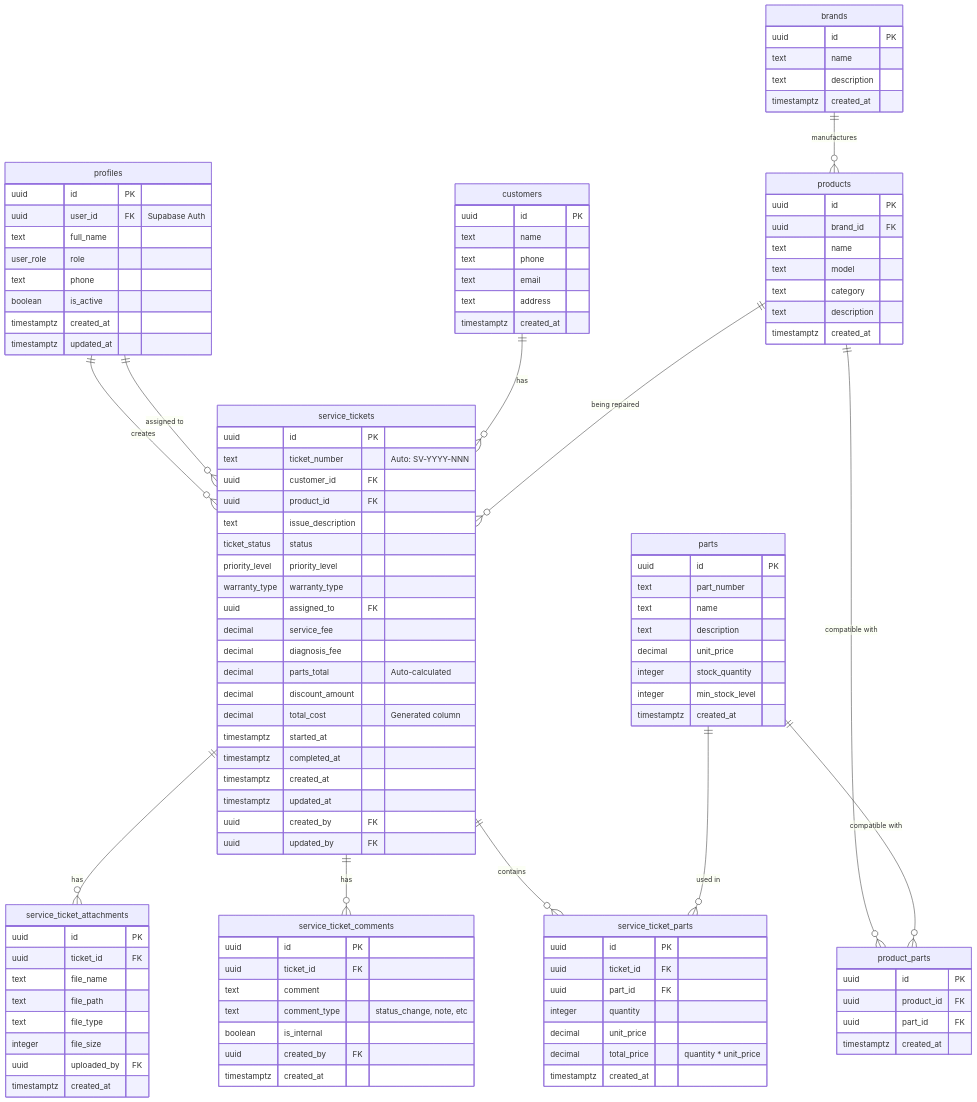
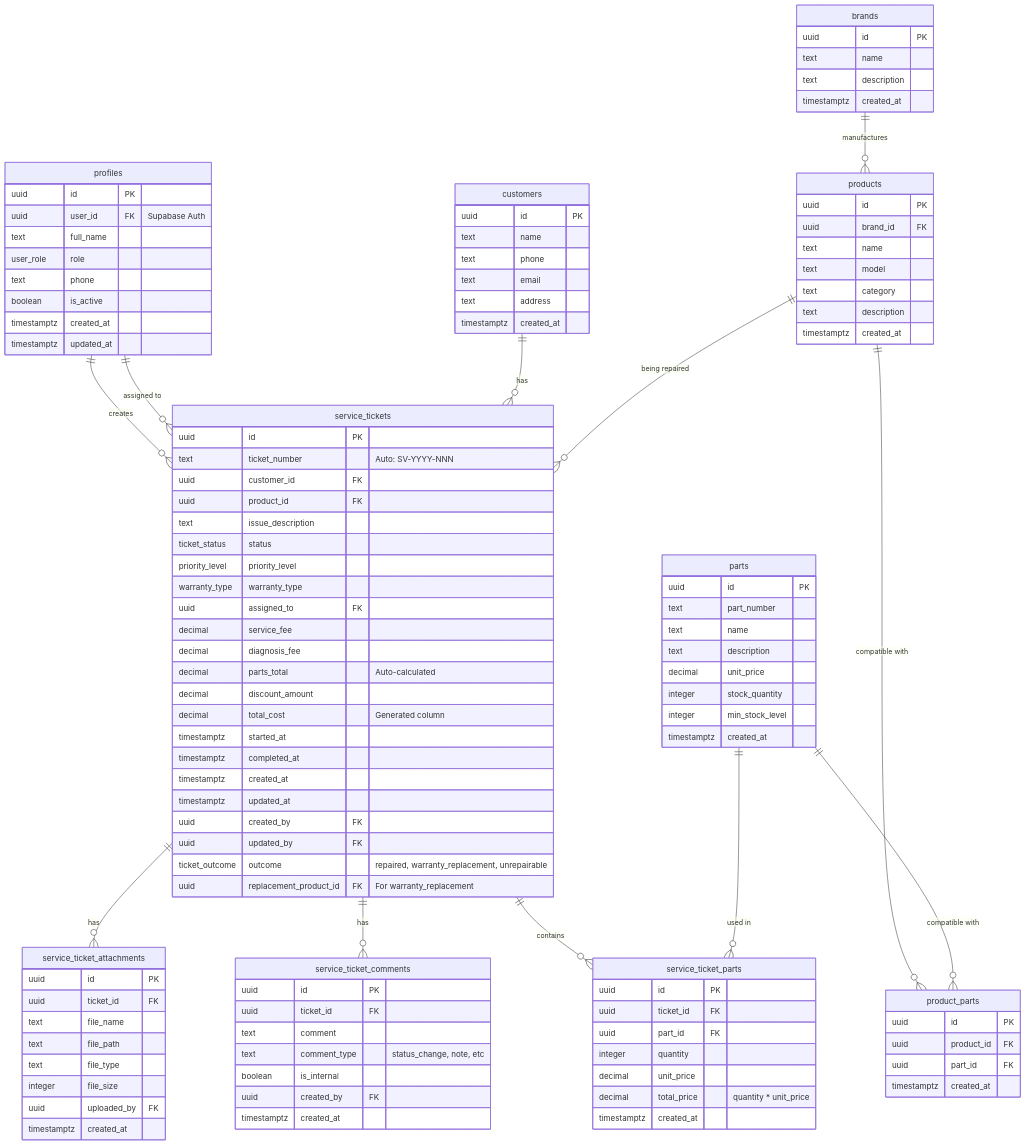
The fifth of 6 diagrams in docs/architecture/03-data-models.md (tant/service-center-app), drawn with Mermaid before and after one commit. The commit also changed other lines of this file and 11 other files, not shown here.

First line of the commit message:
feat(database): add ticket outcome and replacement product support

```diff
--- a/docs/architecture/03-data-models.md
+++ b/docs/architecture/03-data-models.md
@@ -446,6 +464,8 @@
         timestamptz updated_at
         uuid created_by FK
         uuid updated_by FK
+        ticket_outcome outcome "repaired, warranty_replacement, unrepairable"
+        uuid replacement_product_id FK "For warranty_replacement"
     }
 
     service_ticket_parts {
```
